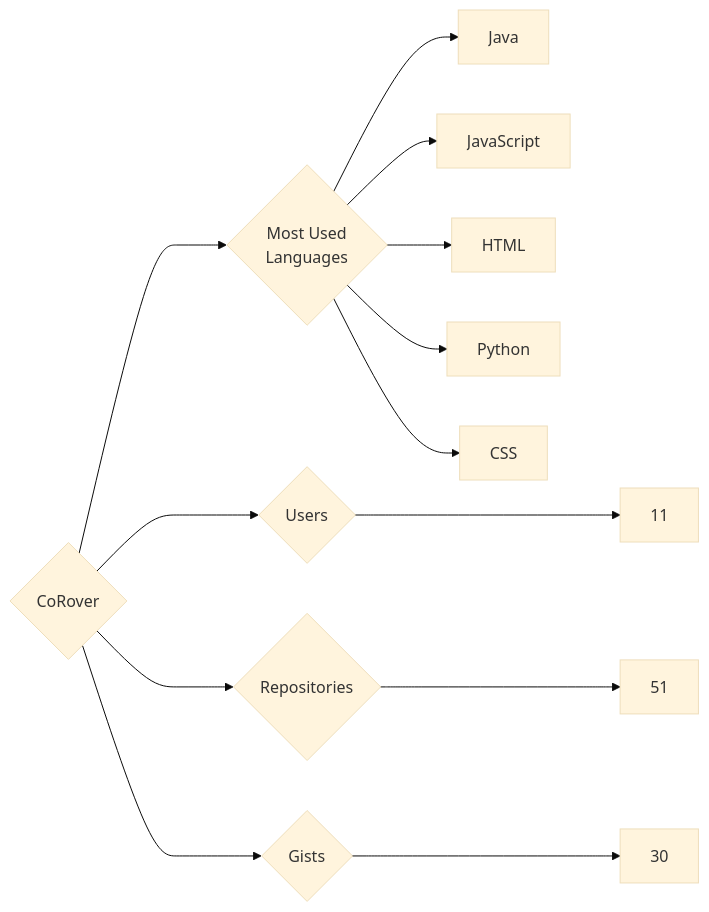
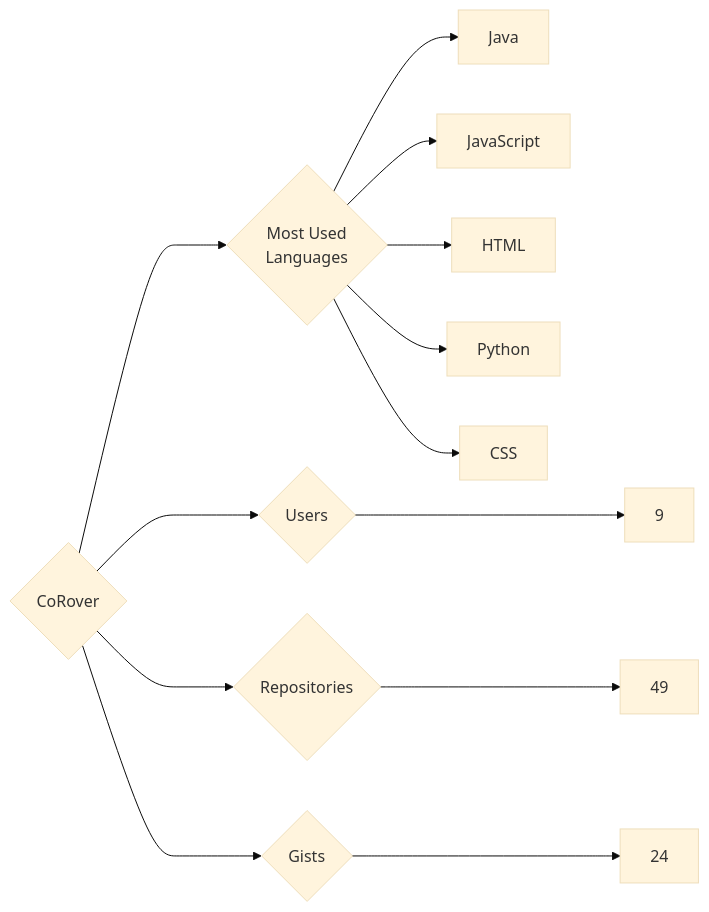
One commit to trickest/insiders changed the diagram in targets/CoRover/README.md. Above: the diagram before and after it, drawn with Mermaid (base theme). The commit also changed 1023 other files, not shown here.

````diff
--- a/targets/CoRover/README.md
+++ b/targets/CoRover/README.md
@@ -3,13 +3,13 @@
 ```mermaid
 graph LR
 COMPANY_NAME{CoRover}
-COMPANY_NAME ---> U{Users} ---> UN[11]
-COMPANY_NAME ---> R{Repositories} ---> RN[51]
-COMPANY_NAME ---> G{Gists} ---> GN[30]
+COMPANY_NAME ---> U{Users} ---> UN[9]
+COMPANY_NAME ---> R{Repositories} ---> RN[49]
+COMPANY_NAME ---> G{Gists} ---> GN[24]
 COMPANY_NAME ---> ML{Most Used<br>Languages}
 ML --> Java[Java]
 ML --> JavaScript[JavaScript]
 ML --> HTML[HTML]
 ML --> Python[Python]
 ML --> CSS[CSS]
 ```
````
